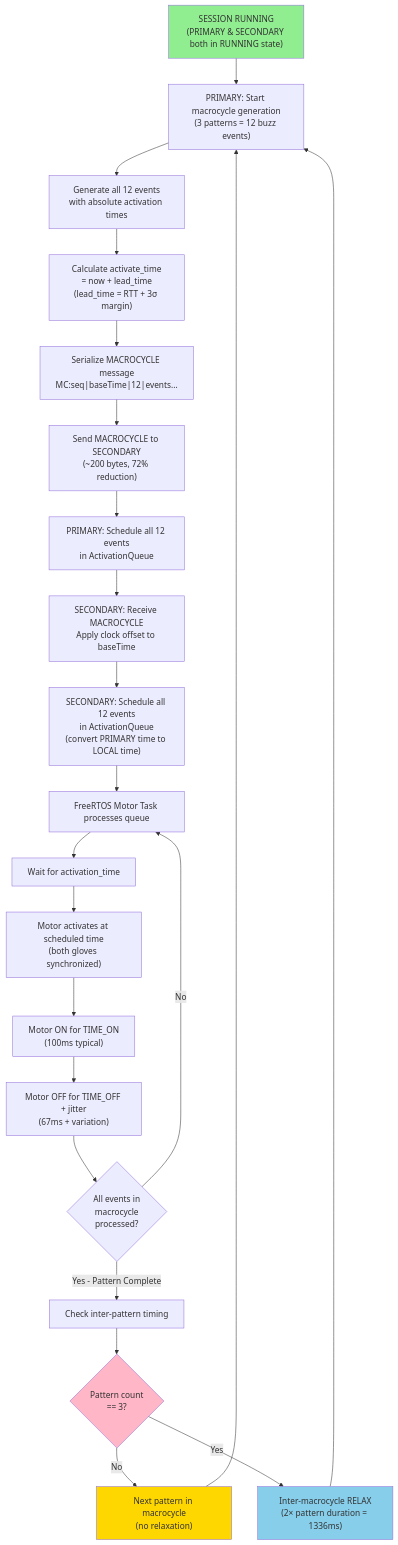
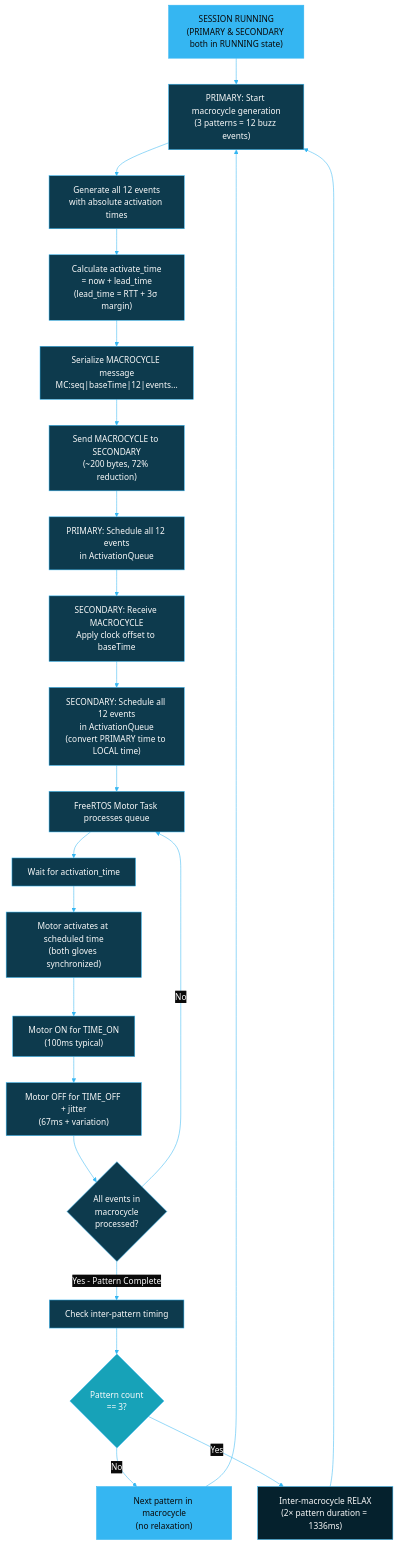
Before and after one commit to BlueBuzzah/BlueBuzzah-Firmware: the third of 11 diagrams in docs/THERAPY_SESSION_FLOW.md, drawn with Mermaid. The commit also changed other lines of this file and 12 other files, not shown here.

First line of the commit message:
docs: update system documentation to accurately reflect current state, update diagram formats and styling

````diff
--- a/docs/THERAPY_SESSION_FLOW.md
+++ b/docs/THERAPY_SESSION_FLOW.md
@@ -124,47 +166,62 @@
 ```mermaid
+%%{init: {'theme': 'base', 'themeVariables': {
+  'primaryColor': '#0d3a4d',
+  'primaryTextColor': '#fafafa',
+  'primaryBorderColor': '#35B6F2',
+  'lineColor': '#35B6F2',
+  'secondaryColor': '#05212D',
+  'tertiaryColor': '#0a0a0a',
+  'background': '#0a0a0a',
+  'mainBkg': '#0d3a4d',
+  'nodeBorder': '#35B6F2',
+  'clusterBkg': '#05212D',
+  'clusterBorder': '#35B6F2',
+  'titleColor': '#fafafa',
+  'edgeLabelBackground': '#0a0a0a'
+}}}%%
 flowchart TD
     A["SESSION RUNNING<br/>(PRIMARY & SECONDARY both in RUNNING state)"]
 
     A --> B["PRIMARY: Start macrocycle generation<br/>(3 patterns = 12 buzz events)"]
 
     B --> C["Generate all 12 events<br/>with absolute activation times"]
 
     C --> D["Calculate activate_time<br/>= now + lead_time<br/>(lead_time = RTT + 3σ margin)"]
 
     D --> E["Serialize MACROCYCLE message<br/>MC:seq|baseTime|12|events..."]
 
     E --> F["Send MACROCYCLE to SECONDARY<br/>(~200 bytes, 72% reduction)"]
 
     F --> G["PRIMARY: Schedule all 12 events<br/>in ActivationQueue"]
     G --> H["SECONDARY: Receive MACROCYCLE<br/>Apply clock offset to baseTime"]
     H --> I["SECONDARY: Schedule all 12 events<br/>in ActivationQueue<br/>(convert PRIMARY time to LOCAL time)"]
 
     I --> J["FreeRTOS Motor Task processes queue"]
 
     J --> K["Wait for activation_time"]
 
     K --> L["Motor activates at scheduled time<br/>(both gloves synchronized)"]
 
     L --> M["Motor ON for TIME_ON<br/>(100ms typical)"]
 
     M --> N["Motor OFF for TIME_OFF + jitter<br/>(67ms + variation)"]
 
     N --> O{All events in<br/>macrocycle<br/>processed?}
 
     O -->|No| J
 
     O -->|Yes - Pattern Complete| P["Check inter-pattern timing"]
 
     P --> Q{Pattern count<br/>== 3?}
 
     Q -->|No| R["Next pattern in macrocycle<br/>(no relaxation)"]
     Q -->|Yes| S["Inter-macrocycle RELAX<br/>(2× pattern duration = 1336ms)"]
 
     R --> B
     S --> B
 
-    style A fill:#90EE90
-    style Q fill:#FFB6C6
-    style R fill:#FFD700
-    style S fill:#87CEEB
+    style A fill:#35B6F2,color:#0a0a0a
+    style Q fill:#17a2b8,color:#fafafa
+    style R fill:#35B6F2,color:#0a0a0a
+    style S fill:#05212D,color:#fafafa
 ```
````
